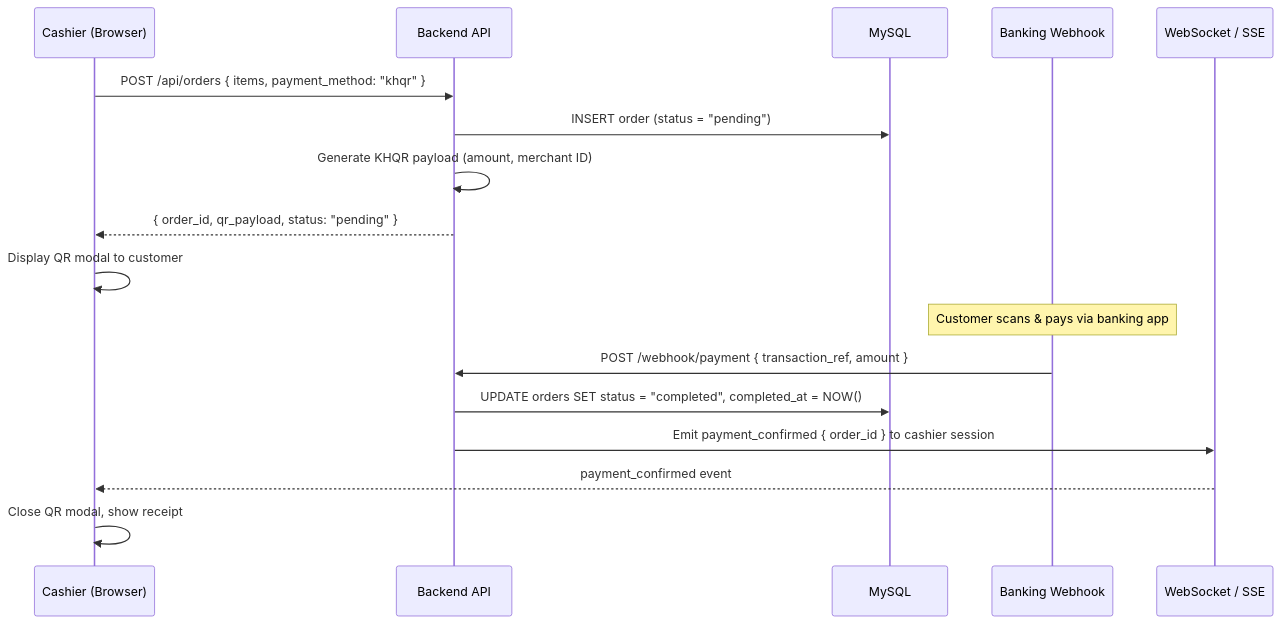
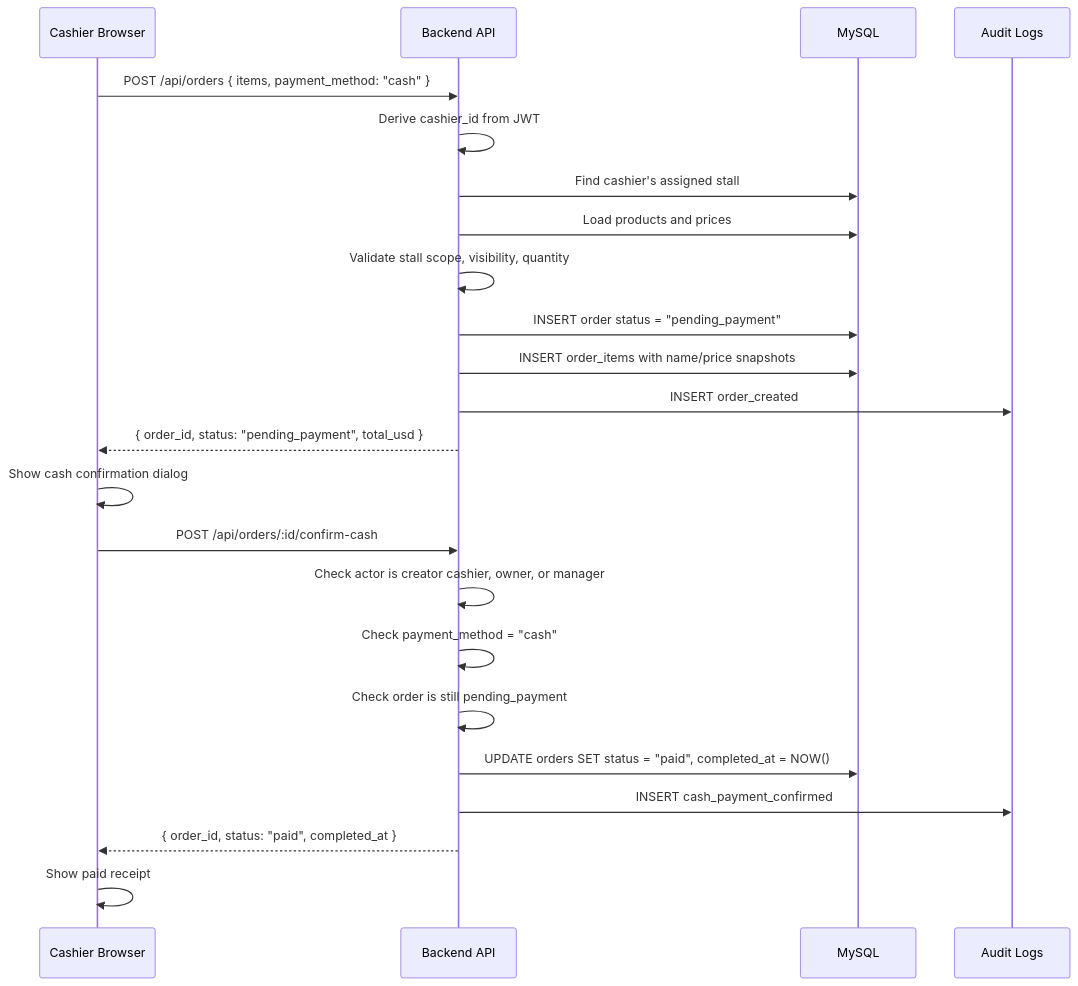
Before and after one commit to sothyvan/TOUB_POS: the first of 2 diagrams in docs/design/payment-flow.md, drawn with Mermaid. The commit also changed other lines of this file and 56 other files, not shown here.

First line of the commit message:
feat: enhance KHQR payment modal with order details and QR payload support

````diff
--- a/docs/design/payment-flow.md
+++ b/docs/design/payment-flow.md
@@ -5,22 +9,27 @@
 ```mermaid
 sequenceDiagram
-    participant C as Cashier (Browser)
+    participant C as Cashier Browser
     participant API as Backend API
     participant DB as MySQL
-    participant WH as Banking Webhook
-    participant WS as WebSocket / SSE
+    participant AUD as Audit Logs
 
-    C->>API: POST /api/orders { items, payment_method: "khqr" }
-    API->>DB: INSERT order (status = "pending")
-    API->>API: Generate KHQR payload (amount, merchant ID)
-    API-->>C: { order_id, qr_payload, status: "pending" }
+    C->>API: POST /api/orders { items, payment_method: "cash" }
+    API->>API: Derive cashier_id from JWT
+    API->>DB: Find cashier's assigned stall
+    API->>DB: Load products and prices
+    API->>API: Validate stall scope, visibility, quantity
+    API->>DB: INSERT order status = "pending_payment"
+    API->>DB: INSERT order_items with name/price snapshots
+    API->>AUD: INSERT order_created
+    API-->>C: { order_id, status: "pending_payment", total_usd }
 
-    C->>C: Display QR modal to customer
-
-    Note over WH: Customer scans & pays via banking app
-    WH->>API: POST /webhook/payment { transaction_ref, amount }
-    API->>DB: UPDATE orders SET status = "completed", completed_at = NOW()
-    API->>WS: Emit payment_confirmed { order_id } to cashier session
-    WS-->>C: payment_confirmed event
-    C->>C: Close QR modal, show receipt
+    C->>C: Show cash confirmation dialog
+    C->>API: POST /api/orders/:id/confirm-cash
+    API->>API: Check actor is creator cashier, owner, or manager
+    API->>API: Check payment_method = "cash"
+    API->>API: Check order is still pending_payment
+    API->>DB: UPDATE orders SET status = "paid", completed_at = NOW()
+    API->>AUD: INSERT cash_payment_confirmed
+    API-->>C: { order_id, status: "paid", completed_at }
+    C->>C: Show paid receipt
 ```
````
